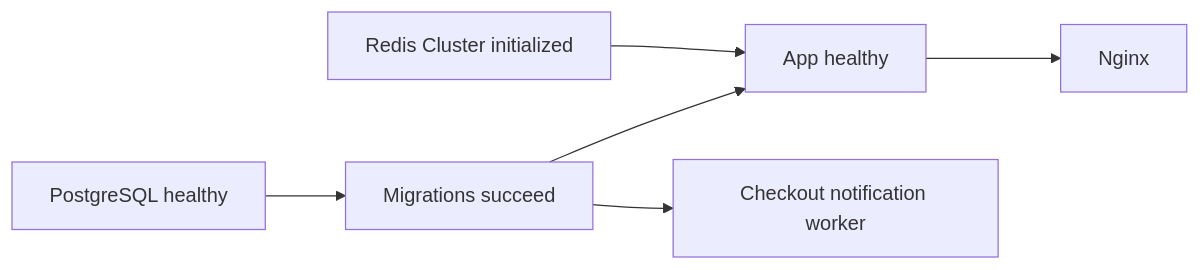
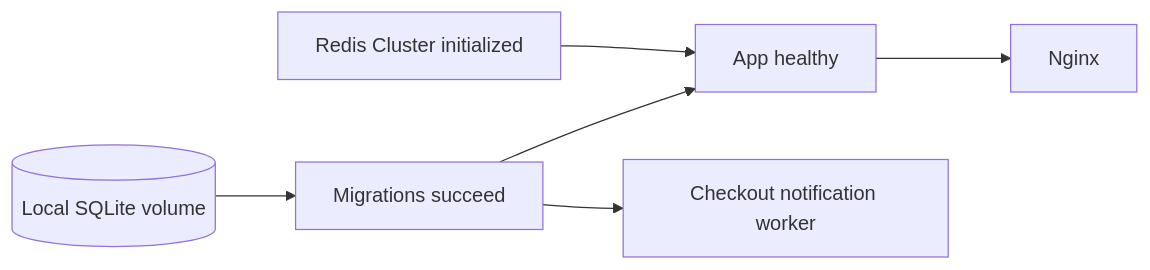
The second of 2 diagrams in README.md (zipwit/zipwit-shop), drawn with Mermaid before and after one commit. The commit also changed other lines of this file and 231 other files, not shown here.

First line of the commit message:
feat(db)!: replace PostgreSQL with embedded SQLite

````diff
--- a/README.md
+++ b/README.md
@@ -365,8 +376,8 @@
 ```mermaid
 flowchart LR
-    DB[PostgreSQL healthy] --> Migrate[Migrations succeed]
+    Volume[(Local SQLite volume)] --> Migrate[Migrations succeed]
     Migrate --> App
     Redis[Redis Cluster initialized] --> App[App healthy]
     App --> Web[Nginx]
     Migrate --> Worker[Checkout notification worker]
 ```
````
